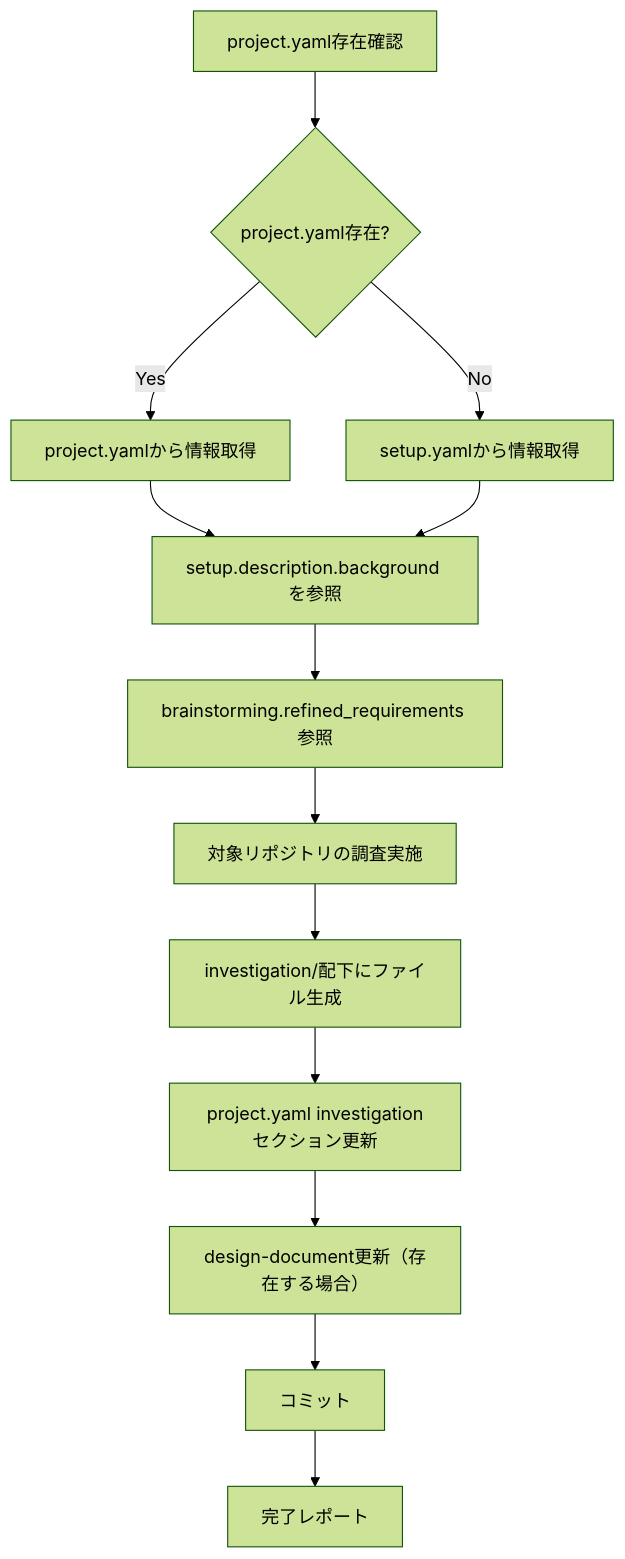
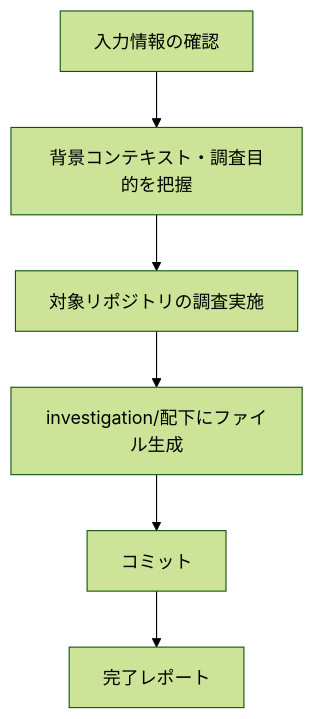
Before and after one commit to NagasakaH/dev-process: the first of 6 diagrams in .claude/skills/investigation/SKILL.md, drawn with Mermaid (forest theme). The commit also changed other lines of this file and 30 other files, not shown here.

````diff
--- a/.claude/skills/investigation/SKILL.md
+++ b/.claude/skills/investigation/SKILL.md
@@ -92,15 +38,8 @@
 ```mermaid
 flowchart TD
-    A[project.yaml存在確認] --> B{project.yaml存在?}
-    B -->|Yes| C[project.yamlから情報取得]
-    B -->|No| D[setup.yamlから情報取得]
-    C --> E[setup.description.background を参照]
-    D --> E
-    E --> F[brainstorming.refined_requirements 参照]
-    F --> G[対象リポジトリの調査実施]
-    G --> H[investigation/配下にファイル生成]
-    H --> I[project.yaml investigationセクション更新]
-    I --> J[design-document更新（存在する場合）]
-    J --> K[コミット]
-    K --> L[完了レポート]
+    A[入力情報の確認] --> B[背景コンテキスト・調査目的を把握]
+    B --> C[対象リポジトリの調査実施]
+    C --> D[investigation/配下にファイル生成]
+    D --> E[コミット]
+    E --> F[完了レポート]
 ```
````
